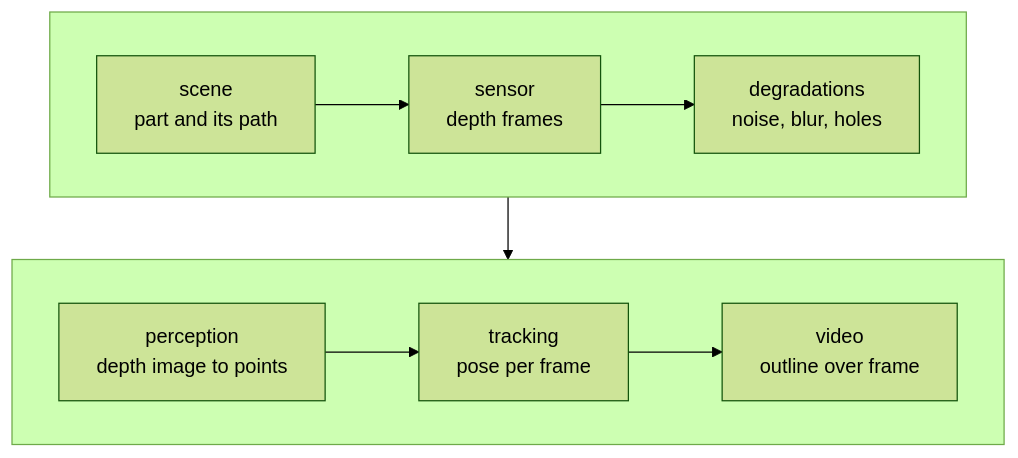
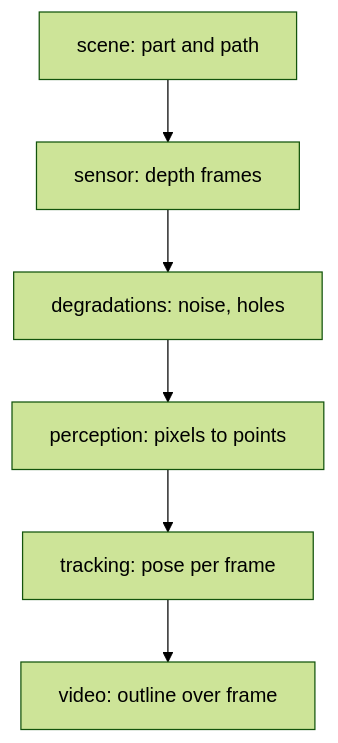
Before and after one commit to Ophiase/congru: the diagram in ideas/demo/README.md, drawn with Mermaid (forest theme). The commit also changed 25 other files, not shown here.

Commit message:
0.1.18: resync with the Kanon, markdown check, consent on references, diagrams to the rule

````diff
--- a/ideas/demo/README.md
+++ b/ideas/demo/README.md
@@ -22,20 +22,8 @@
 ```mermaid
-flowchart TD
-  subgraph R0[" "]
-    direction LR
-    S --> SE
-    SE --> DG
-  end
-  subgraph R1[" "]
-    direction LR
-    P --> T
-    T --> V
-  end
-  R0 --> R1
-  S["scene<br/>part and its path"]
-  SE["sensor<br/>depth frames"]
-  DG["degradations<br/>noise, blur, holes"]
-  P["perception<br/>depth image to points"]
-  T["tracking<br/>pose per frame"]
-  V["video<br/>outline over frame"]
+graph TD
+  S["scene: part and path"] --> SE["sensor: depth frames"]
+  SE --> DG["degradations: noise, holes"]
+  DG --> P["perception: pixels to points"]
+  P --> T["tracking: pose per frame"]
+  T --> V["video: outline over frame"]
 ```
````
